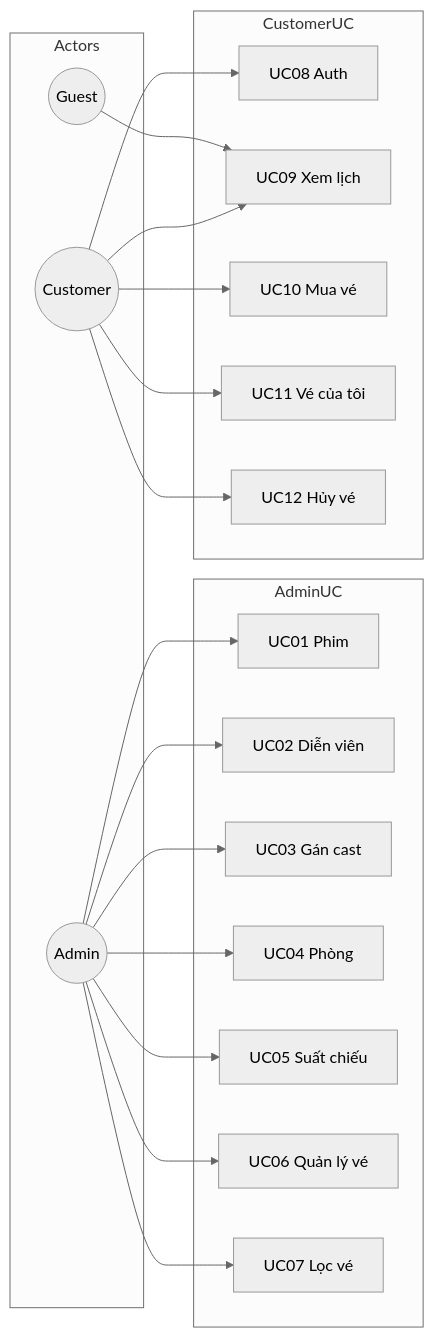
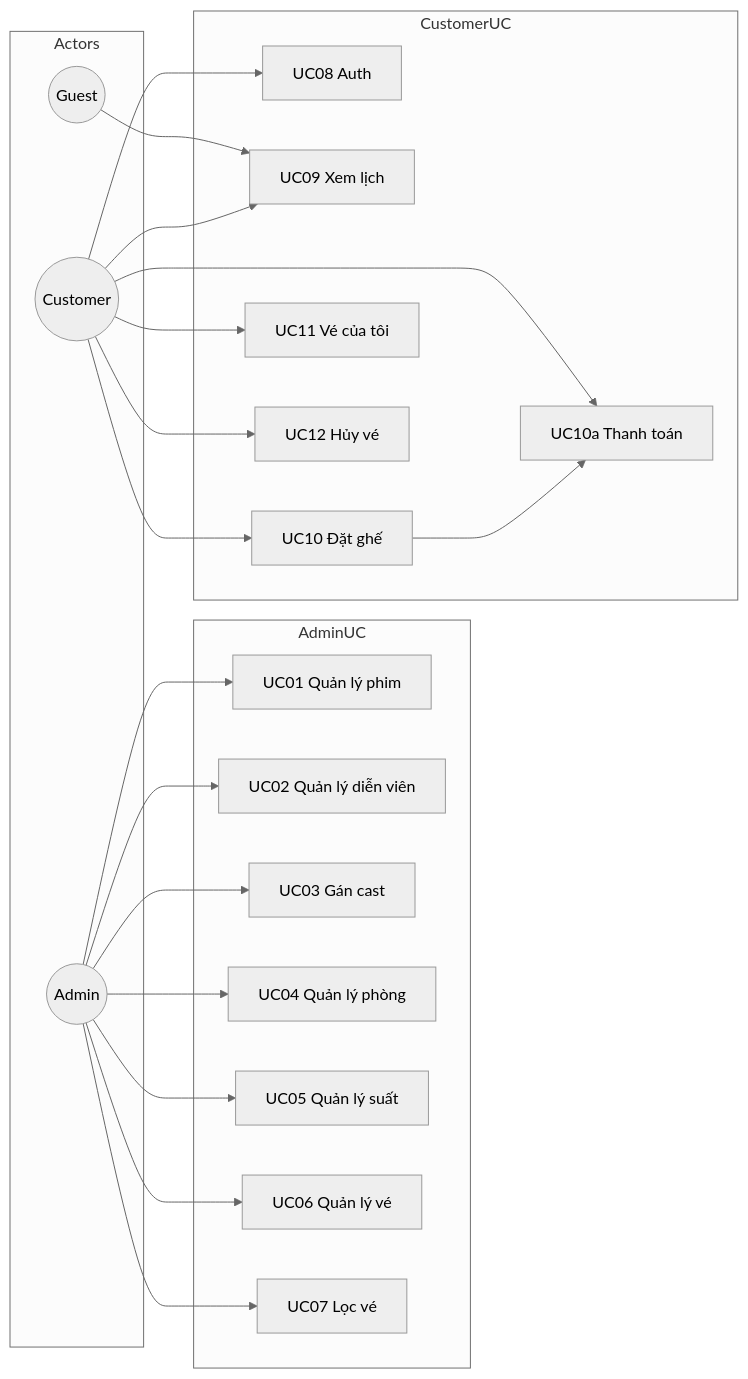
Before and after one commit to Hoangvu2911/SBU5_learnPython: the first of 10 diagrams in myproject/SPEC.md, drawn with Mermaid (neutral theme). The commit also changed other lines of this file, not shown here.

````diff
--- a/myproject/SPEC.md
+++ b/myproject/SPEC.md
@@ -37,30 +23,32 @@
 ```mermaid
 flowchart LR
   subgraph Actors
     Admin((Admin))
     Guest((Guest))
     Customer((Customer))
   end
 
   subgraph AdminUC
-    UC01[UC01 Phim]
-    UC02[UC02 Diễn viên]
+    UC01[UC01 Quản lý phim]
+    UC02[UC02 Quản lý diễn viên]
     UC03[UC03 Gán cast]
-    UC04[UC04 Phòng]
-    UC05[UC05 Suất chiếu]
+    UC04[UC04 Quản lý phòng]
+    UC05[UC05 Quản lý suất]
     UC06[UC06 Quản lý vé]
     UC07[UC07 Lọc vé]
   end
 
   subgraph CustomerUC
     UC08[UC08 Auth]
     UC09[UC09 Xem lịch]
-    UC10[UC10 Mua vé]
+    UC10[UC10 Đặt ghế]
+    UC10a[UC10a Thanh toán]
     UC11[UC11 Vé của tôi]
     UC12[UC12 Hủy vé]
   end
 
   Admin --> UC01 & UC02 & UC03 & UC04 & UC05 & UC06 & UC07
   Guest --> UC09
-  Customer --> UC08 & UC09 & UC10 & UC11 & UC12
+  Customer --> UC08 & UC09 & UC10 & UC10a & UC11 & UC12
+  UC10 --> UC10a
 ```
````
